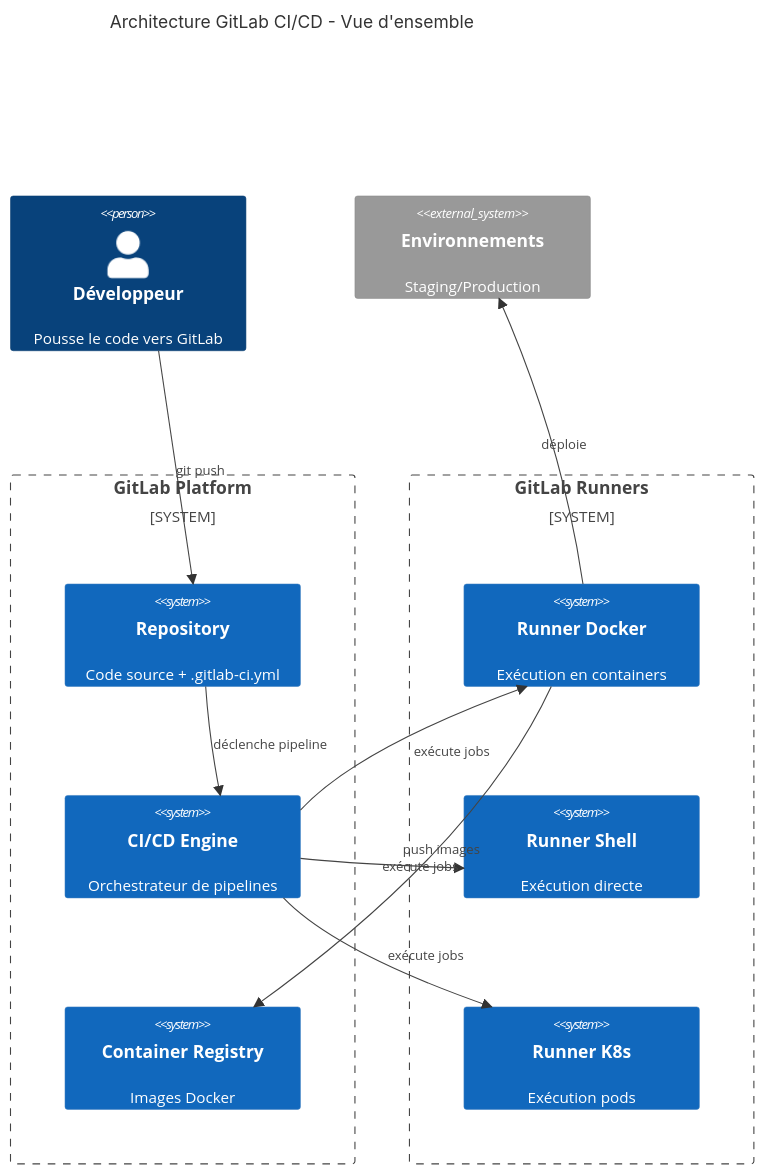
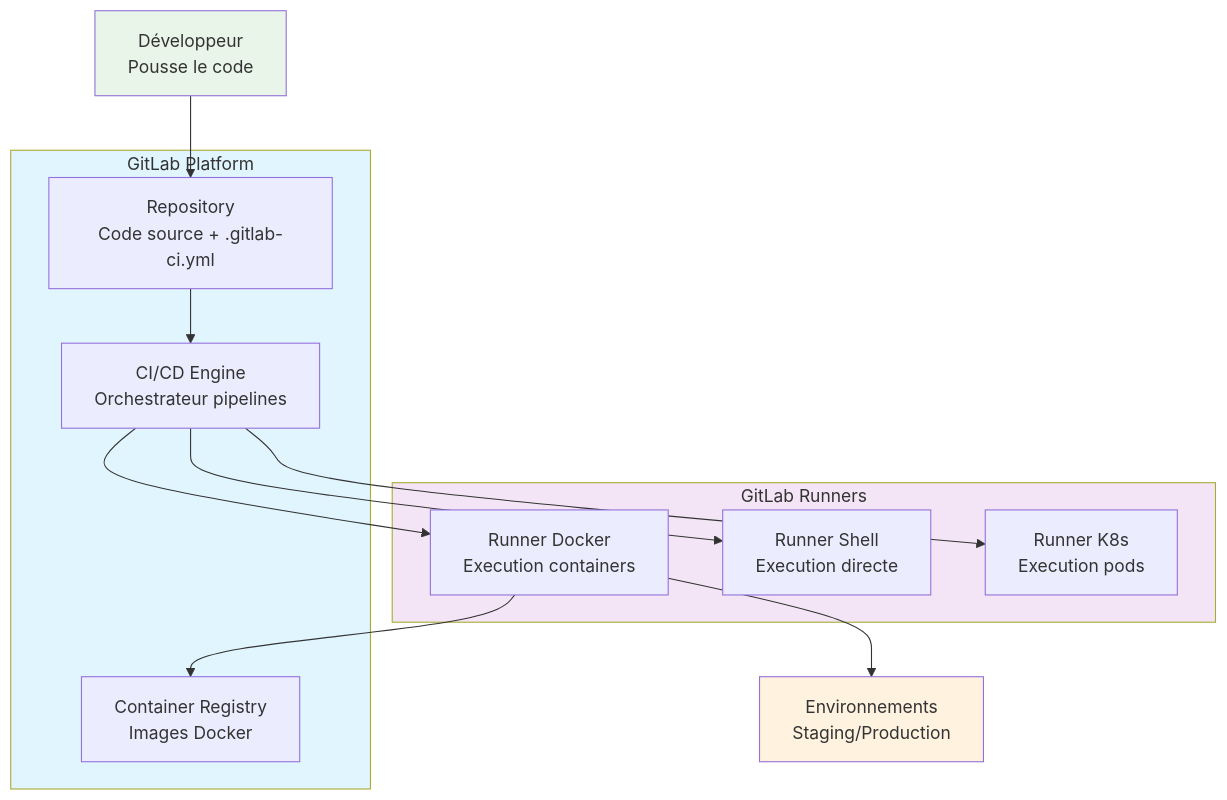
Before and after one commit to hassanaym83/Formation_Devops: the second of 38 diagrams in Sprint2-Containerisation-CICD/Semaine-3-GitLab-CICD/cours/S2_S3_Seance1_introduction_gitlab_ci.md, drawn with Mermaid. The commit also changed other lines of this file, not shown here.

````diff
--- a/Sprint2-Containerisation-CICD/Semaine-3-GitLab-CICD/cours/S2_S3_Seance1_introduction_gitlab_ci.md
+++ b/Sprint2-Containerisation-CICD/Semaine-3-GitLab-CICD/cours/S2_S3_Seance1_introduction_gitlab_ci.md
@@ -70,28 +70,30 @@
 ```mermaid
-C4Context
-    title Architecture GitLab CI/CD - Vue d'ensemble
+graph TB
+    subgraph gitlab ["GitLab Platform"]
+        repo[Repository<br/>Code source + .gitlab-ci.yml]
+        ci[CI/CD Engine<br/>Orchestrateur pipelines]
+        registry[Container Registry<br/>Images Docker]
+    end
 
-    Person(dev, "Développeur", "Pousse le code vers GitLab")
+    subgraph runners ["GitLab Runners"]
+        runner1[Runner Docker<br/>Execution containers]
+        runner2[Runner Shell<br/>Execution directe]
+        runner3[Runner K8s<br/>Execution pods]
+    end
 
-    System_Boundary(gitlab, "GitLab Platform") {
-        System(repo, "Repository", "Code source + .gitlab-ci.yml")
-        System(ci, "CI/CD Engine", "Orchestrateur de pipelines")
-        System(registry, "Container Registry", "Images Docker")
-    }
+    dev[Développeur<br/>Pousse le code]
+    deploy[Environnements<br/>Staging/Production]
 
-    System_Boundary(runners, "GitLab Runners") {
-        System(runner1, "Runner Docker", "Exécution en containers")
-        System(runner2, "Runner Shell", "Exécution directe")
-        System(runner3, "Runner K8s", "Exécution pods")
-    }
+    dev --> repo
+    repo --> ci
+    ci --> runner1
+    ci --> runner2
+    ci --> runner3
+    runner1 --> registry
+    runner1 --> deploy
 
-    System_Ext(deploy, "Environnements", "Staging/Production")
-
-    Rel(dev, repo, "git push")
-    Rel(repo, ci, "déclenche pipeline")
-    Rel(ci, runner1, "exécute jobs")
-    Rel(ci, runner2, "exécute jobs")
-    Rel(ci, runner3, "exécute jobs")
-    Rel(runner1, registry, "push images")
-    Rel(runner1, deploy, "déploie")
+    style gitlab fill:#e1f5fe
+    style runners fill:#f3e5f5
+    style dev fill:#e8f5e8
+    style deploy fill:#fff3e0
 ```
````
